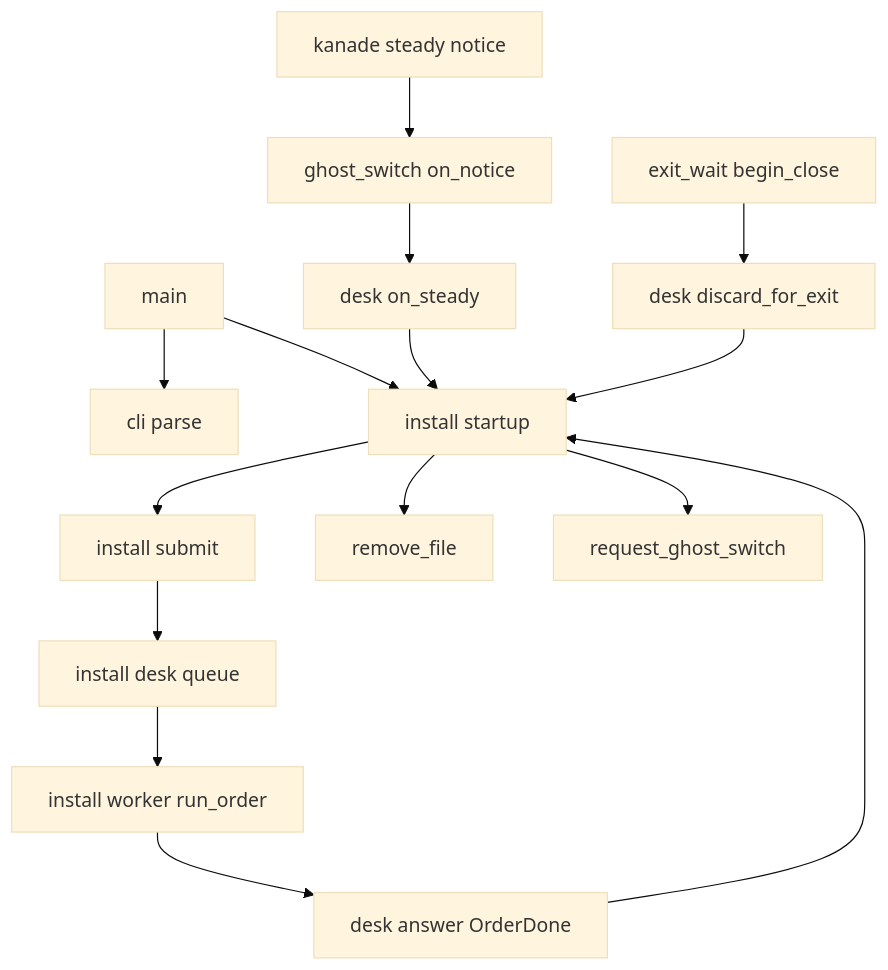
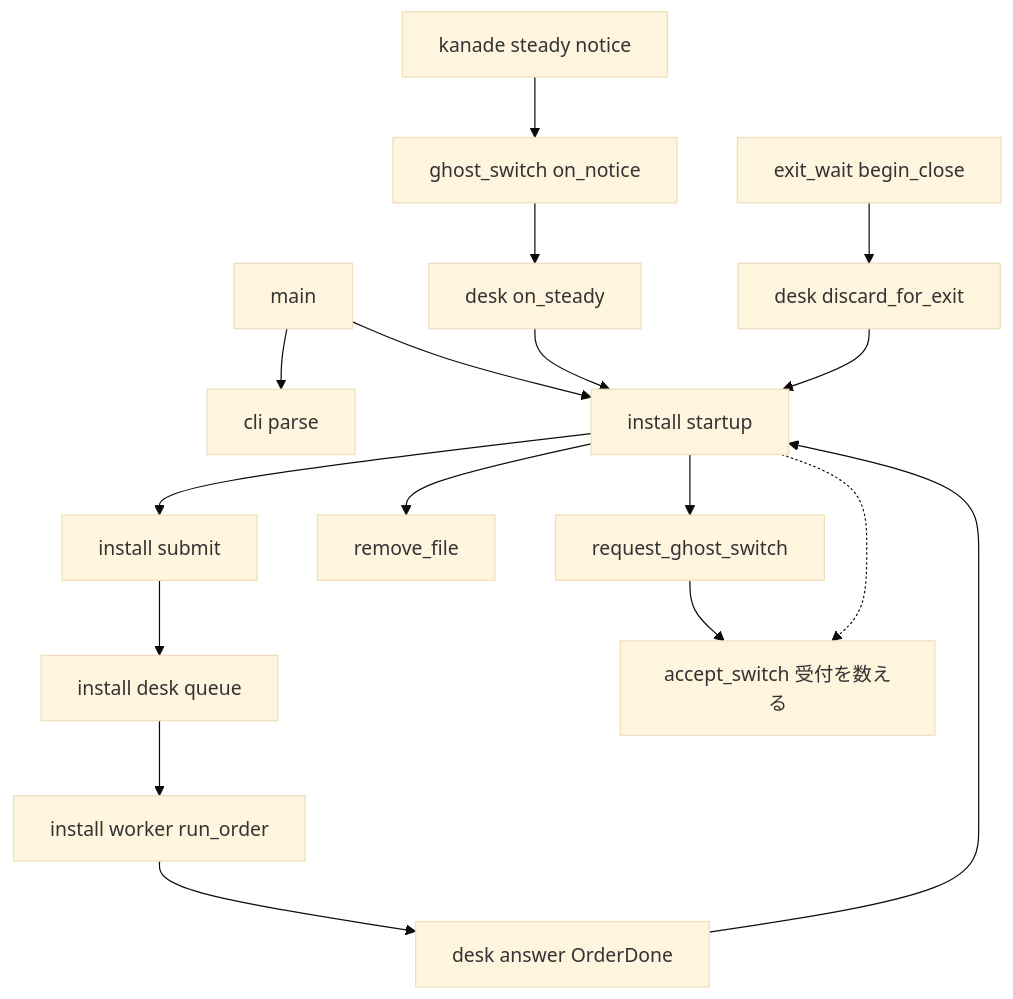
Before and after one commit to ekicyou/areka: the first of 3 diagrams in .kiro/specs/startup-install-option/design.md, drawn with Mermaid (base theme). The commit also changed other lines of this file and 2 other files, not shown here.

Commit message:
docs(startup-install-option): 全設計議題を推奨案で確定

````diff
--- a/.kiro/specs/startup-install-option/design.md
+++ b/.kiro/specs/startup-install-option/design.md
@@ -75,17 +78,19 @@
 ```mermaid
 graph TB
     Main[main] --> CliParse[cli parse]
     Main --> Startup[install startup]
     Kanade[kanade steady notice] --> OnNotice[ghost_switch on_notice]
     OnNotice --> DeskSteady[desk on_steady]
     DeskSteady --> Startup
     Startup --> Submit[install submit]
     Submit --> Desk[install desk queue]
     Desk --> Worker[install worker run_order]
     Worker --> DeskAnswer[desk answer OrderDone]
     DeskAnswer --> Startup
     Startup --> FsRemove[remove_file]
     Startup --> SwitchEntry[request_ghost_switch]
+    SwitchEntry --> Accept[accept_switch 受付を数える]
+    Startup -.-> Accept
     ExitWait[exit_wait begin_close] --> DeskDiscard[desk discard_for_exit]
     DeskDiscard --> Startup
 ```
````
